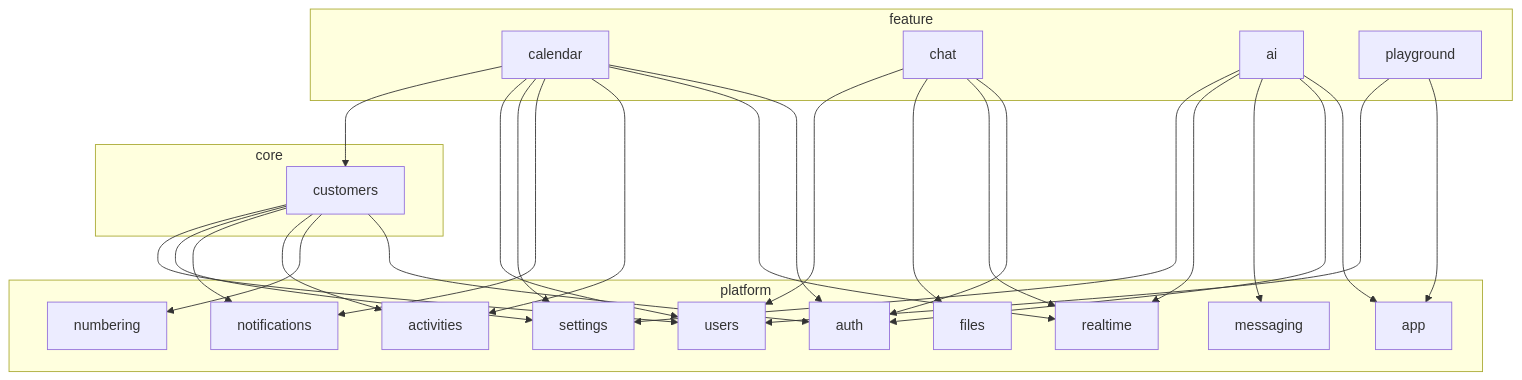
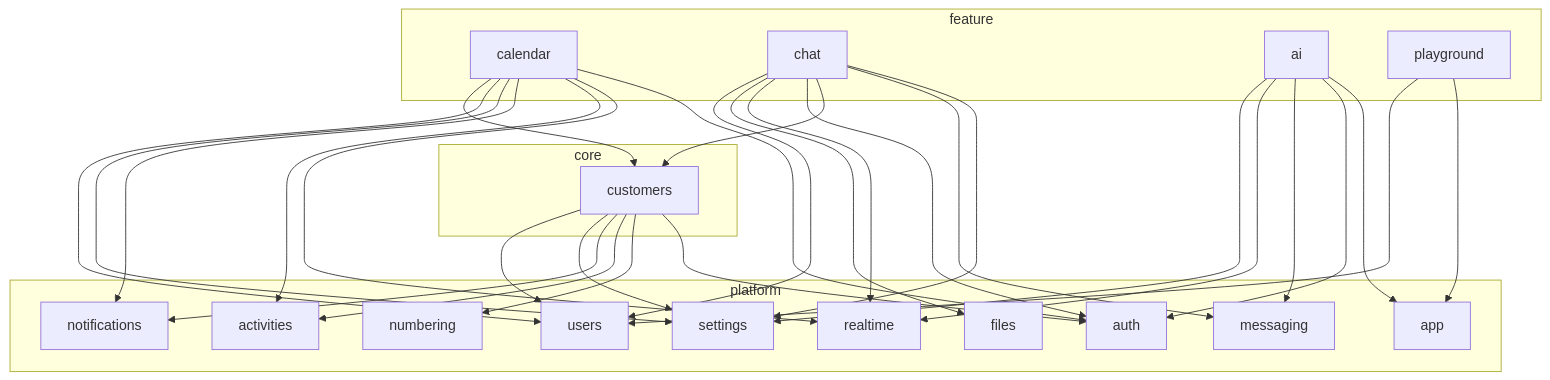
The diagram in docs/modules.md (dentiman/tenantry), drawn with Mermaid before and after one commit. The commit also changed 148 other files, not shown here.

````diff
--- a/docs/modules.md
+++ b/docs/modules.md
@@ -52,30 +52,30 @@
 ```mermaid
 flowchart TB
   subgraph feature
     calendar
     chat
     ai
     playground
   end
   subgraph core
     customers
   end
   subgraph platform
     app
     auth
     users
     settings
     files
     notifications
     activities
     realtime
     messaging
     numbering
   end
   calendar --> customers
   calendar --> users & settings & notifications & activities & realtime & auth
-  chat --> users & files & realtime & auth
+  chat --> users & files & realtime & auth & customers & messaging & settings
   ai --> settings & realtime & messaging & auth & app
   playground --> users & app
   customers --> users & settings & notifications & activities & numbering & auth
 ```
````
